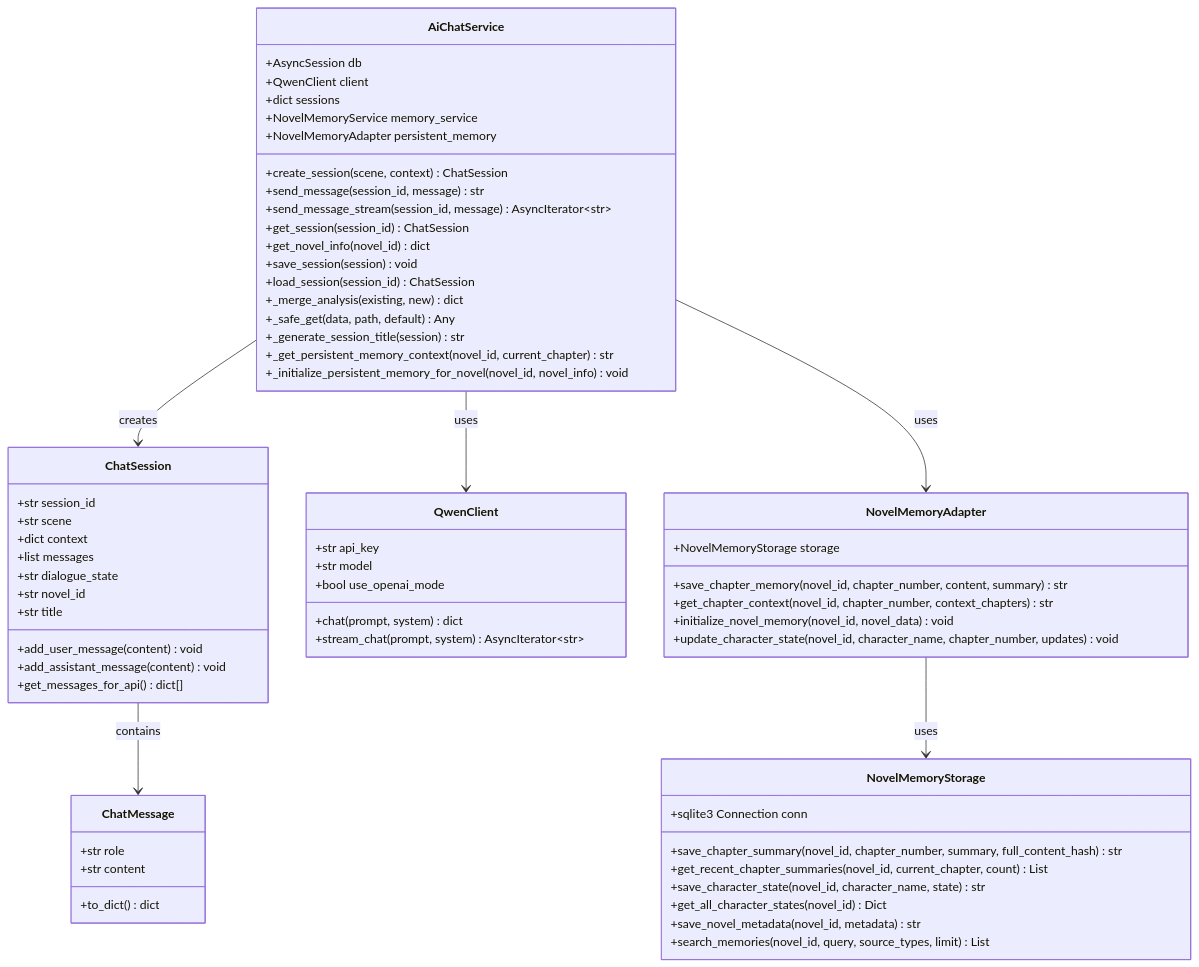
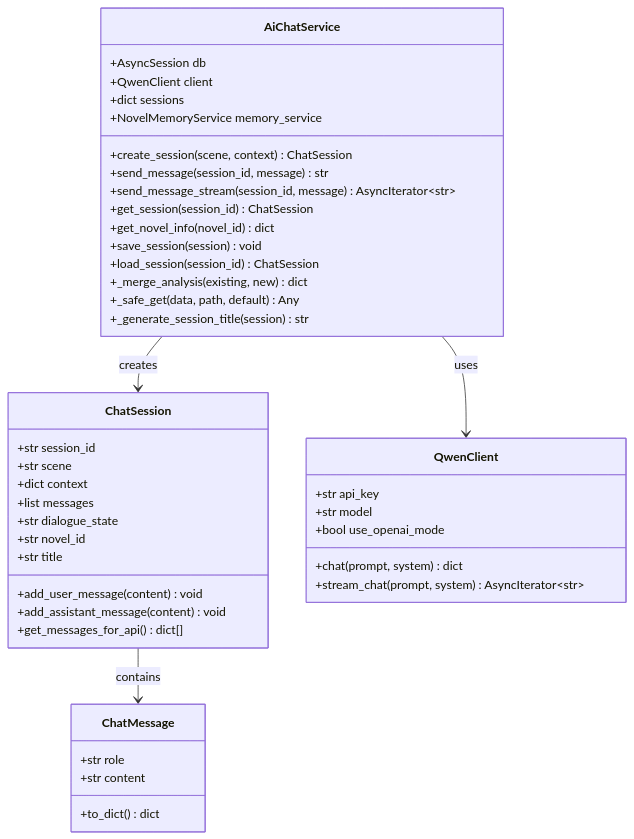
The second of 18 diagrams in .qoder/repowiki/zh/content/Ai Chat Service.md (xfbyxq/ai-novel-system), drawn with Mermaid before and after one commit. The commit also changed other lines of this file and 38 other files, not shown here.

````diff
--- a/.qoder/repowiki/zh/content/Ai Chat Service.md
+++ b/.qoder/repowiki/zh/content/Ai Chat Service.md
@@ -101,67 +96,46 @@
 ```mermaid
 classDiagram
 class AiChatService {
 +AsyncSession db
 +QwenClient client
 +dict sessions
 +NovelMemoryService memory_service
-+NovelMemoryAdapter persistent_memory
 +create_session(scene, context) ChatSession
 +send_message(session_id, message) str
 +send_message_stream(session_id, message) AsyncIterator~str~
 +get_session(session_id) ChatSession
 +get_novel_info(novel_id) dict
 +save_session(session) void
 +load_session(session_id) ChatSession
 +_merge_analysis(existing, new) dict
 +_safe_get(data, path, default) Any
 +_generate_session_title(session) str
-+_get_persistent_memory_context(novel_id, current_chapter) str
-+_initialize_persistent_memory_for_novel(novel_id, novel_info) void
 }
 class ChatSession {
 +str session_id
 +str scene
 +dict context
 +list messages
 +str dialogue_state
 +str novel_id
 +str title
 +add_user_message(content) void
 +add_assistant_message(content) void
 +get_messages_for_api() dict[]
 }
 class ChatMessage {
 +str role
 +str content
 +to_dict() dict
 }
 class QwenClient {
 +str api_key
 +str model
 +bool use_openai_mode
 +chat(prompt, system) dict
 +stream_chat(prompt, system) AsyncIterator~str~
 }
-class NovelMemoryAdapter {
-+NovelMemoryStorage storage
-+save_chapter_memory(novel_id, chapter_number, content, summary) str
-+get_chapter_context(novel_id, chapter_number, context_chapters) str
-+initialize_novel_memory(novel_id, novel_data) void
-+update_character_state(novel_id, character_name, chapter_number, updates) void
-}
-class NovelMemoryStorage {
-+sqlite3 Connection conn
-+save_chapter_summary(novel_id, chapter_number, summary, full_content_hash) str
-+get_recent_chapter_summaries(novel_id, current_chapter, count) List
-+save_character_state(novel_id, character_name, state) str
-+get_all_character_states(novel_id) Dict
-+save_novel_metadata(novel_id, metadata) str
-+search_memories(novel_id, query, source_types, limit) List
-}
 AiChatService --> ChatSession : creates
 AiChatService --> QwenClient : uses
-AiChatService --> NovelMemoryAdapter : uses
 ChatSession --> ChatMessage : contains
-NovelMemoryAdapter --> NovelMemoryStorage : uses
 ```
````
